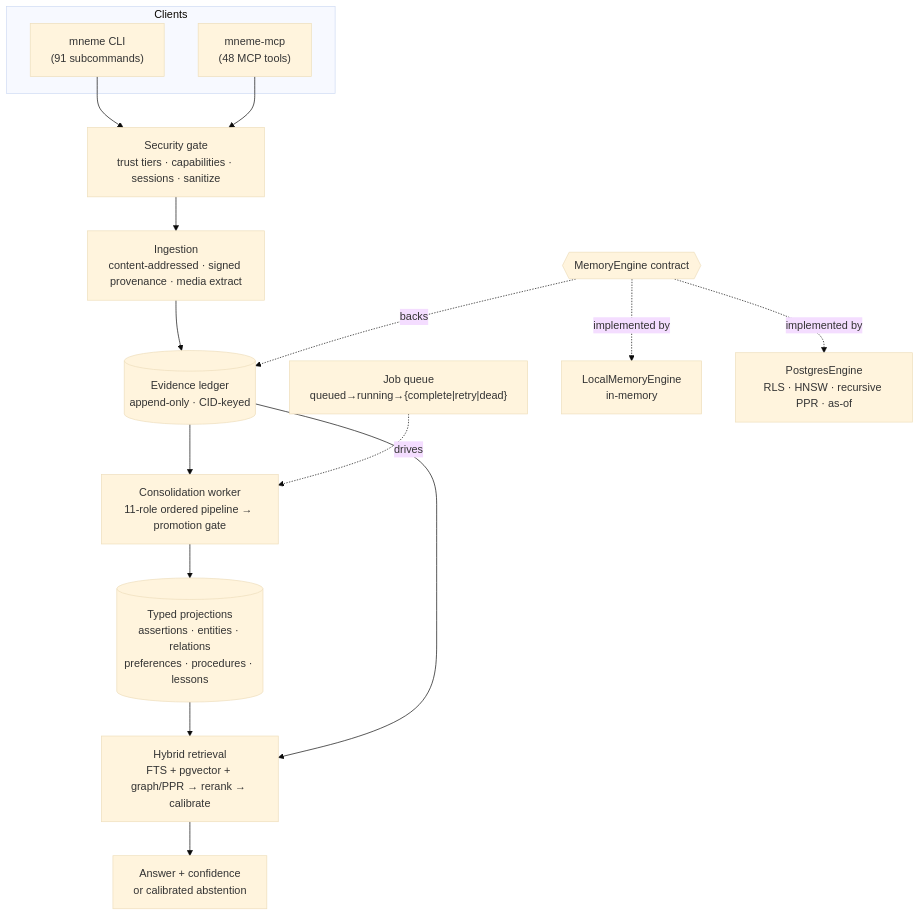
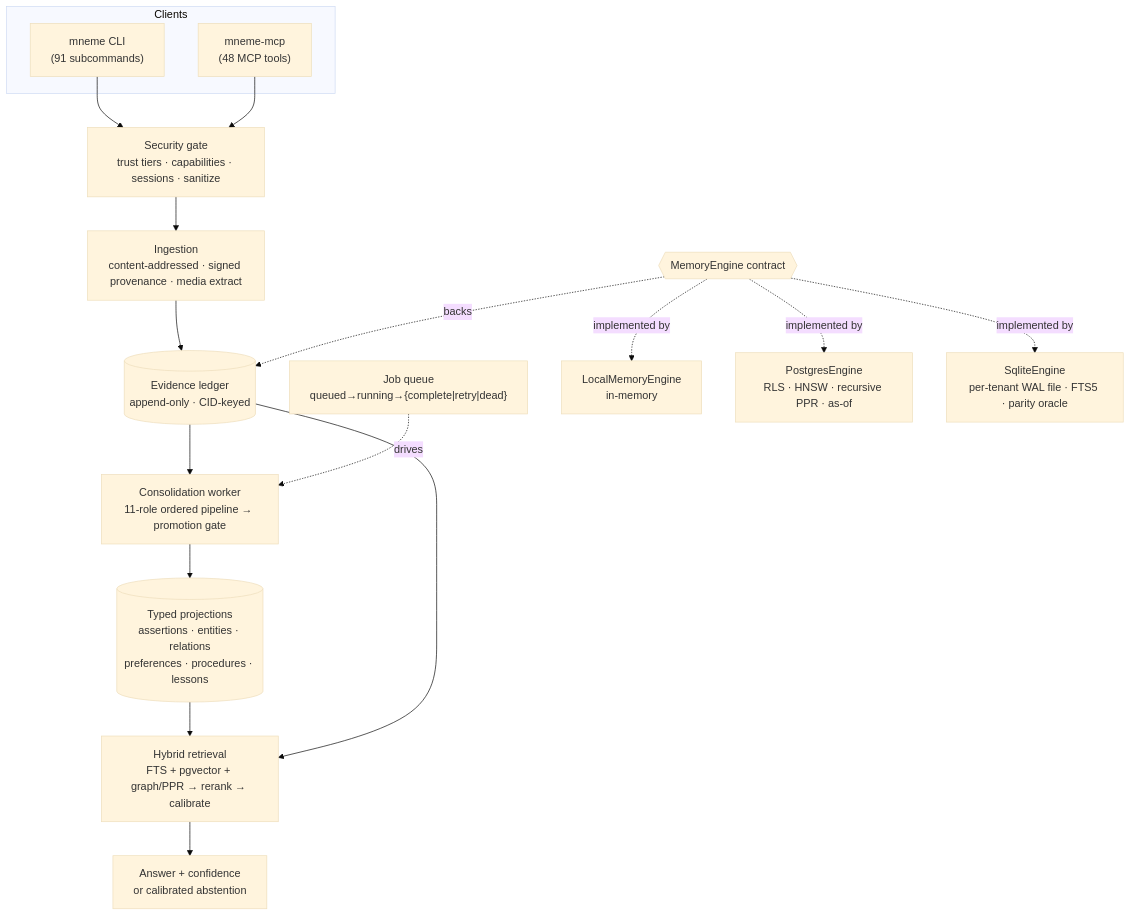
One commit to onfire7777/Mnemosyne changed the diagram in README.md. Above: the diagram before and after it, drawn with Mermaid (base theme). The commit also changed other lines of this file and 1 other file, not shown here.

````diff
--- a/README.md
+++ b/README.md
@@ -42,20 +42,21 @@
 ```mermaid
 flowchart TD
     subgraph Clients
       CLI["mneme CLI<br/>(91 subcommands)"]
       MCP["mneme-mcp<br/>(48 MCP tools)"]
     end
     CLI --> SEC
     MCP --> SEC
     SEC["Security gate<br/>trust tiers · capabilities · sessions · sanitize"] --> ING["Ingestion<br/>content-addressed · signed provenance · media extract"]
     ING --> EV[("Evidence ledger<br/>append-only · CID-keyed")]
     EV --> CONS["Consolidation worker<br/>11-role ordered pipeline → promotion gate"]
     CONS --> PROJ[("Typed projections<br/>assertions · entities · relations<br/>preferences · procedures · lessons")]
     Q["Job queue<br/>queued→running→{complete|retry|dead}"] -.drives.-> CONS
     PROJ --> RET["Hybrid retrieval<br/>FTS + pgvector + graph/PPR → rerank → calibrate"]
     EV --> RET
     RET --> ANS["Answer + confidence<br/>or calibrated abstention"]
     ENGINE{{"MemoryEngine contract"}} -.backs.-> EV
     ENGINE -.implemented by.-> LOCAL["LocalMemoryEngine<br/>in-memory"]
     ENGINE -.implemented by.-> PG["PostgresEngine<br/>RLS · HNSW · recursive PPR · as-of"]
+    ENGINE -.implemented by.-> SQLITE["SqliteEngine<br/>per-tenant WAL file · FTS5 · parity oracle"]
 ```
````
